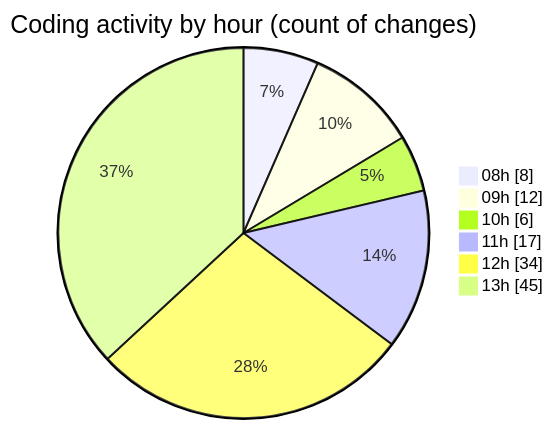
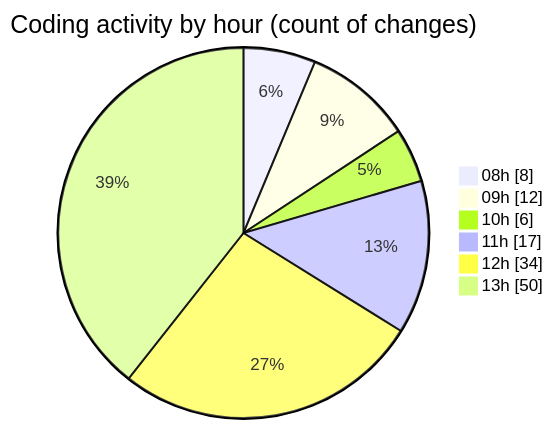
One commit to momahboobian/code-tracking changed the second of 2 diagrams in 2025-09-15/cda/README.md. Above: the diagram before and after it, drawn with Mermaid. The commit also changed other lines of this file and 1 other file, not shown here.

````diff
--- a/2025-09-15/cda/README.md
+++ b/2025-09-15/cda/README.md
@@ -35,10 +35,10 @@
 ```mermaid
 pie showData
 title Coding activity by hour (count of changes)
 "08h" : 8
 "09h" : 12
 "10h" : 6
 "11h" : 17
 "12h" : 34
-"13h" : 45
+"13h" : 50
 ```
````
